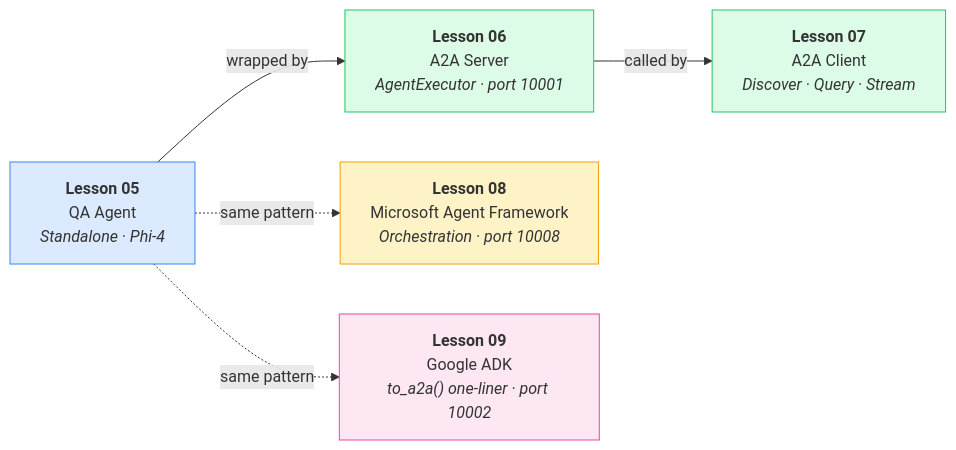
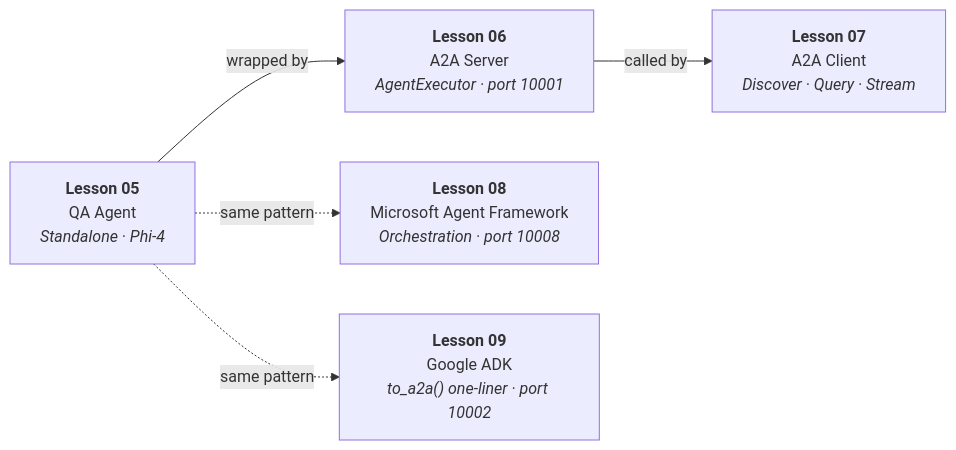
The first of 4 diagrams in a2a/lessons/README.md (nilayparikh/tuts-agentic-ai-examples), drawn with Mermaid before and after one commit. The commit also changed 1 other file, not shown here.

Commit message:
fix: update kernel specifications in QA agent notebook and clean up lesson styles in README

````diff
--- a/a2a/lessons/README.md
+++ b/a2a/lessons/README.md
@@ -14,19 +14,13 @@
 ```mermaid
 graph LR
     L05["<b>Lesson 05</b><br/>QA Agent<br/><i>Standalone · Phi-4</i>"]
     L06["<b>Lesson 06</b><br/>A2A Server<br/><i>AgentExecutor · port 10001</i>"]
     L07["<b>Lesson 07</b><br/>A2A Client<br/><i>Discover · Query · Stream</i>"]
     L08["<b>Lesson 08</b><br/>Microsoft Agent Framework<br/><i>Orchestration · port 10008</i>"]
     L09["<b>Lesson 09</b><br/>Google ADK<br/><i>to_a2a() one-liner · port 10002</i>"]
 
     L05 -->|"wrapped by"| L06
     L06 -->|"called by"| L07
     L05 -.->|"same pattern"| L08
     L05 -.->|"same pattern"| L09
-
-    style L05 fill:#dbeafe,stroke:#3b82f6
-    style L06 fill:#dcfce7,stroke:#22c55e
-    style L07 fill:#dcfce7,stroke:#22c55e
-    style L08 fill:#fef3c7,stroke:#f59e0b
-    style L09 fill:#fce7f3,stroke:#ec4899
 ```
````
